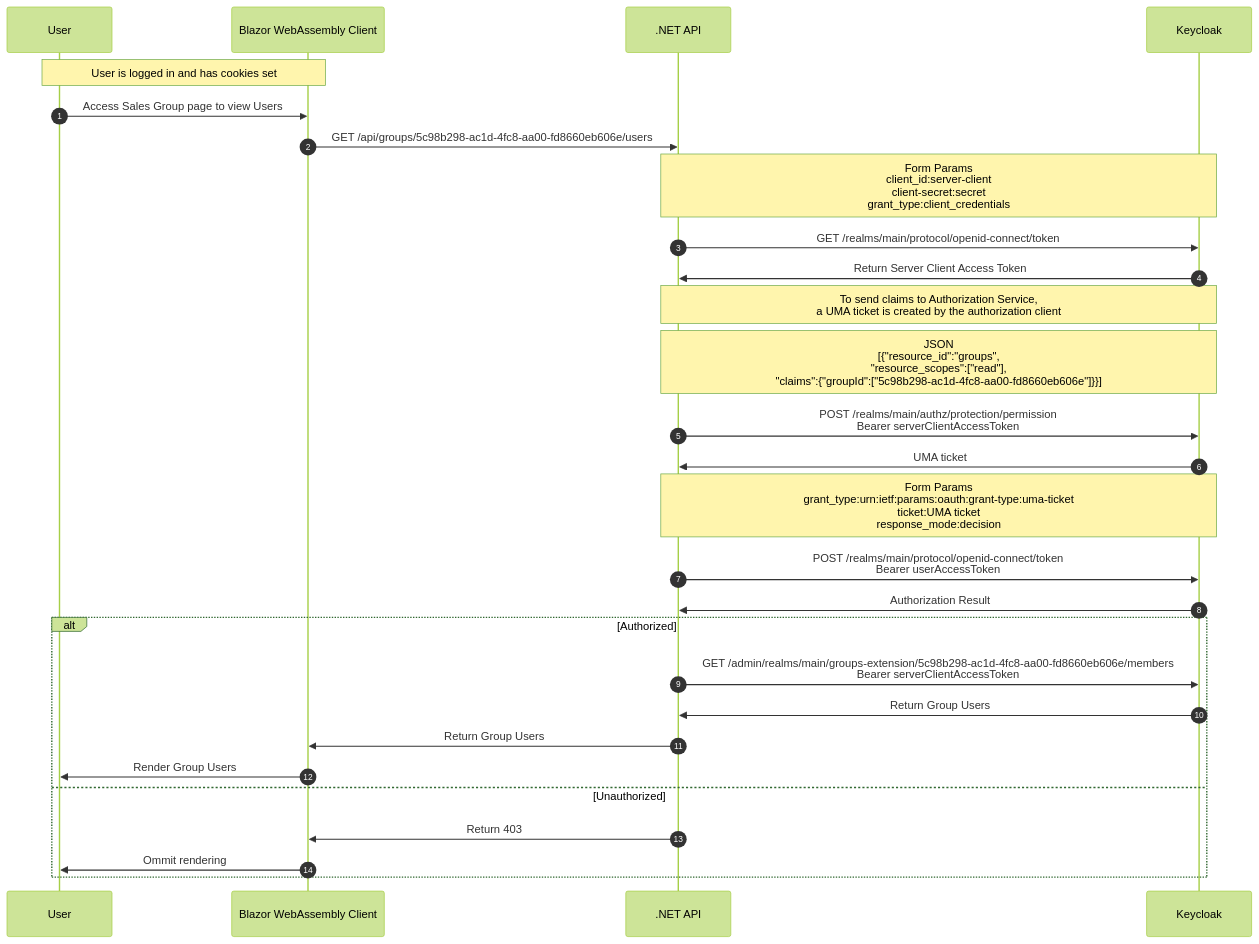
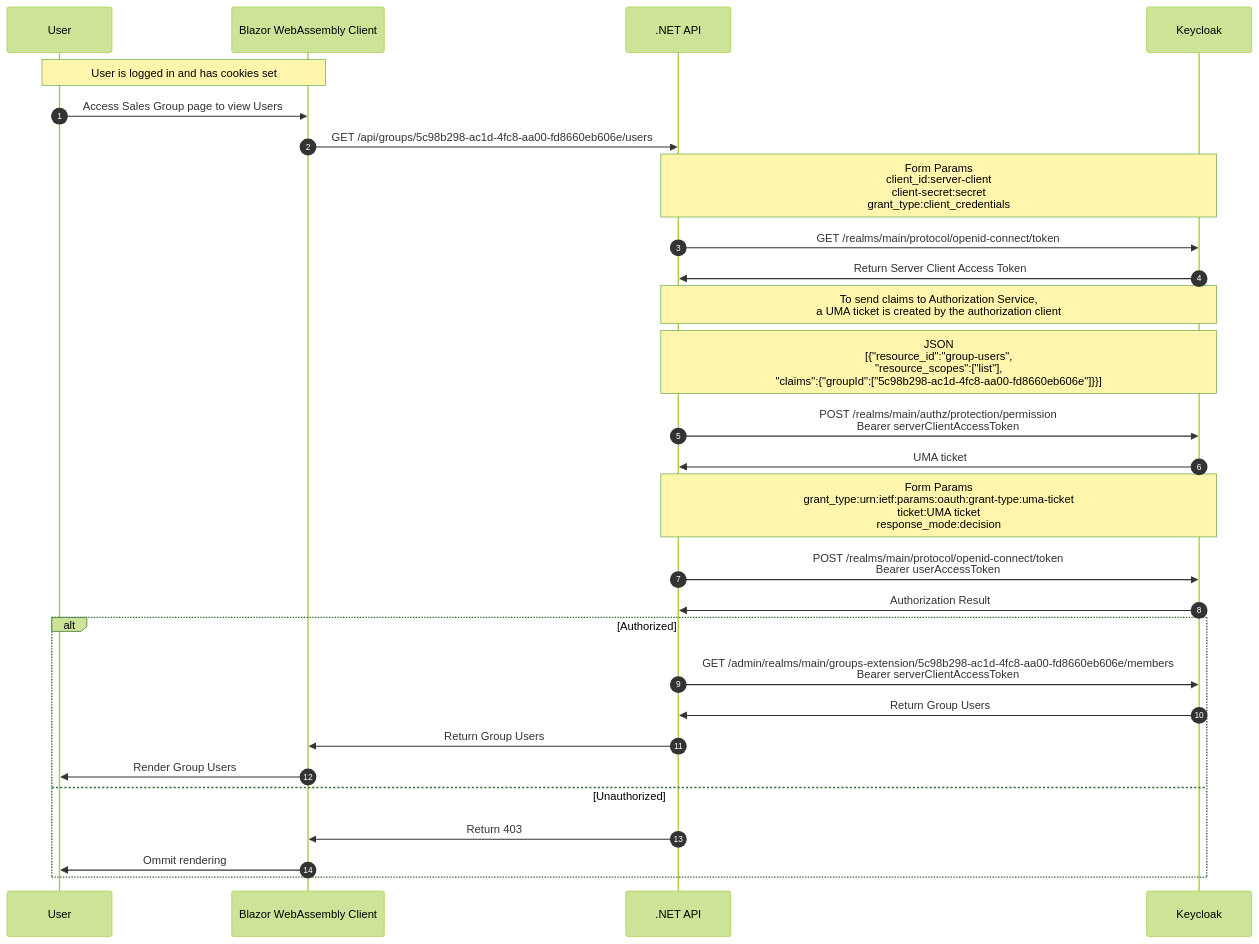
One commit to BrumaSebastian/blazor-furniture-app changed the diagram in BlazorFurniture/docs/diagrams/UMAWithClaimsAuthorization.mmd. Above: the diagram before and after it, drawn with Mermaid (forest theme). The commit also changed 4 other files, not shown here.

```diff
--- a/BlazorFurniture/docs/diagrams/UMAWithClaimsAuthorization.mmd
+++ b/BlazorFurniture/docs/diagrams/UMAWithClaimsAuthorization.mmd
@@ -1,34 +1,34 @@
 sequenceDiagram
     autonumber
     participant U as User
     participant B as Blazor WebAssembly Client
     participant API as .NET API
     participant KC as Keycloak
 
     Note over U,B: User is logged in and has cookies set
     U->>B: Access Sales Group page to view Users
 
     B->>API: GET /api/groups/5c98b298-ac1d-4fc8-aa00-fd8660eb606e/users
 
     Note over API,KC: Form Params<br/>client_id:server-client<br/>client-secret:secret<br/>grant_type:client_credentials
     API->>KC: GET /realms/main/protocol/openid-connect/token
     KC->>API: Return Server Client Access Token
 
     Note over API,KC: To send claims to Authorization Service, <br/> a UMA ticket is created by the authorization client
-    Note over API,KC: JSON<br/>[{"resource_id":"groups",<br/>"resource_scopes":["read"],<br/>"claims":{"groupId":["5c98b298-ac1d-4fc8-aa00-fd8660eb606e"]}}]
+    Note over API,KC: JSON<br/>[{"resource_id":"group-users",<br/>"resource_scopes":["list"],<br/>"claims":{"groupId":["5c98b298-ac1d-4fc8-aa00-fd8660eb606e"]}}]
     API->>KC: POST /realms/main/authz/protection/permission <br/>Bearer serverClientAccessToken
     KC->>API: UMA ticket
 
     Note over API,KC: Form Params<br/>grant_type:urn:ietf:params:oauth:grant-type:uma-ticket<br/>ticket:UMA ticket<br/>response_mode:decision
     API->>KC: POST /realms/main/protocol/openid-connect/token <br/>Bearer userAccessToken
     KC->>API: Authorization Result
 
     alt Authorized
         API->>KC: GET /admin/realms/main/groups-extension/5c98b298-ac1d-4fc8-aa00-fd8660eb606e/members <br/> Bearer serverClientAccessToken
         KC->>API: Return Group Users
         API->>B: Return Group Users
         B->>U: Render Group Users
     else Unauthorized
         API->>B: Return 403
         B->>U: Ommit rendering
     end
```
